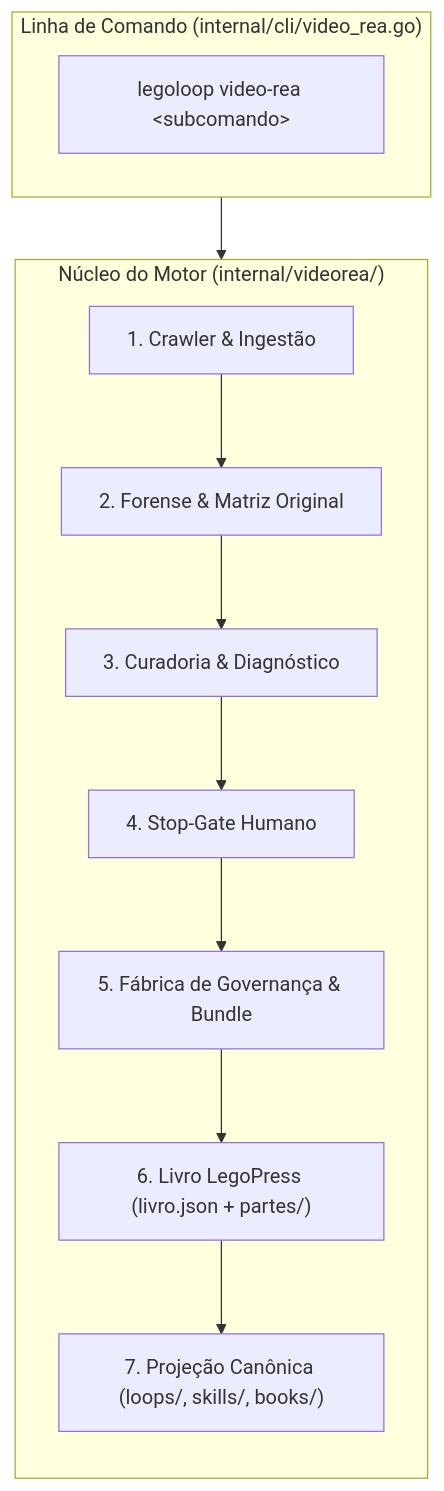
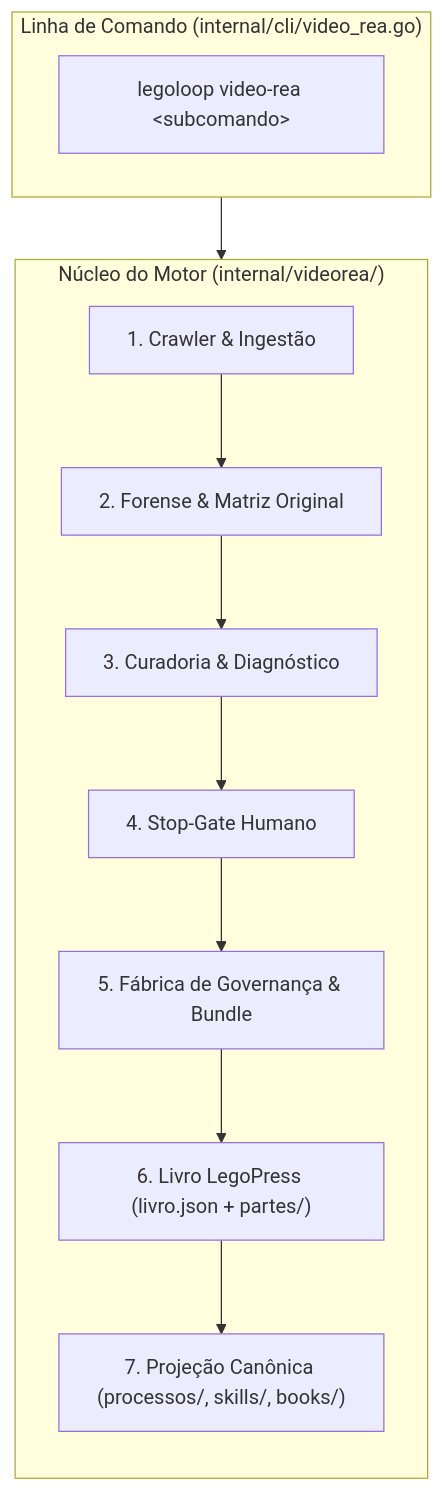
The eighth of 10 diagrams in docs/archive/sessions/LegoLoop/08112026_2e0a571f-d5e2-4102-8078-9a49e6e6e5e5.md (heverton-dev/LegoLoop), drawn with Mermaid before and after one commit. The commit also changed other lines of this file and 549 other files, not shown here.

First line of the commit message:
checkpoint E06: rename loops/ -> processos/ (referencias, hook legado exit 2, TDD mutacoes provadas)

````diff
--- a/docs/archive/sessions/LegoLoop/08112026_2e0a571f-d5e2-4102-8078-9a49e6e6e5e5.md
+++ b/docs/archive/sessions/LegoLoop/08112026_2e0a571f-d5e2-4102-8078-9a49e6e6e5e5.md
@@ -3758,18 +3758,18 @@
 ```mermaid
 flowchart TD
     subgraph CLI["Linha de Comando (internal/cli/video_rea.go)"]
         CMD["legoloop video-rea &lt;subcomando&gt;"]
     end
 
     subgraph CORE["Núcleo do Motor (internal/videorea/)"]
         direction TB
         F1["1. Crawler & Ingestão"] --> F2["2. Forense & Matriz Original"]
         F2 --> F3["3. Curadoria & Diagnóstico"]
         F3 --> F4["4. Stop-Gate Humano"]
         F4 --> F5["5. Fábrica de Governança & Bundle"]
         F5 --> F6["6. Livro LegoPress (livro.json + partes/)"]
-        F6 --> F7["7. Projeção Canônica (loops/, skills/, books/)"]
+        F6 --> F7["7. Projeção Canônica (processos/, skills/, books/)"]
     end
 
     CLI --> CORE
 ```
````
